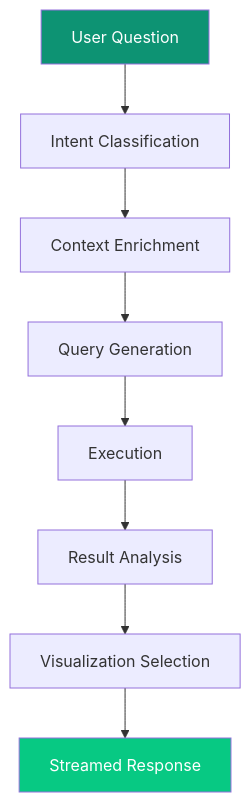
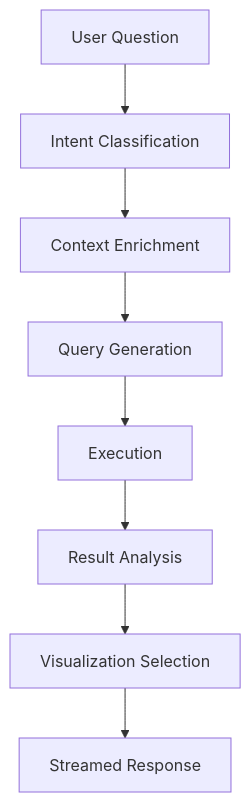
Before and after one commit to ashishsuperatom/tech-docs: the diagram in architecture/ai-engine.mdx, drawn with Mermaid. The commit also changed 37 other files, not shown here.

First line of the commit message:
Clean up docs: remove em-dashes, fix mermaid diagrams, remove emojis

````diff
--- a/architecture/ai-engine.mdx
+++ b/architecture/ai-engine.mdx
@@ -9,13 +9,11 @@
 ```mermaid
 flowchart TB
     INPUT["User Question"] --> CLASSIFY["Intent Classification"]
     CLASSIFY --> CONTEXT["Context Enrichment"]
     CONTEXT --> GENERATE["Query Generation"]
     GENERATE --> EXECUTE["Execution"]
     EXECUTE --> ANALYZE["Result Analysis"]
     ANALYZE --> VISUALIZE["Visualization Selection"]
     VISUALIZE --> OUTPUT["Streamed Response"]
 
-    style INPUT fill:#0D9373,color:#fff
-    style OUTPUT fill:#07C983,color:#fff
 ```
````
